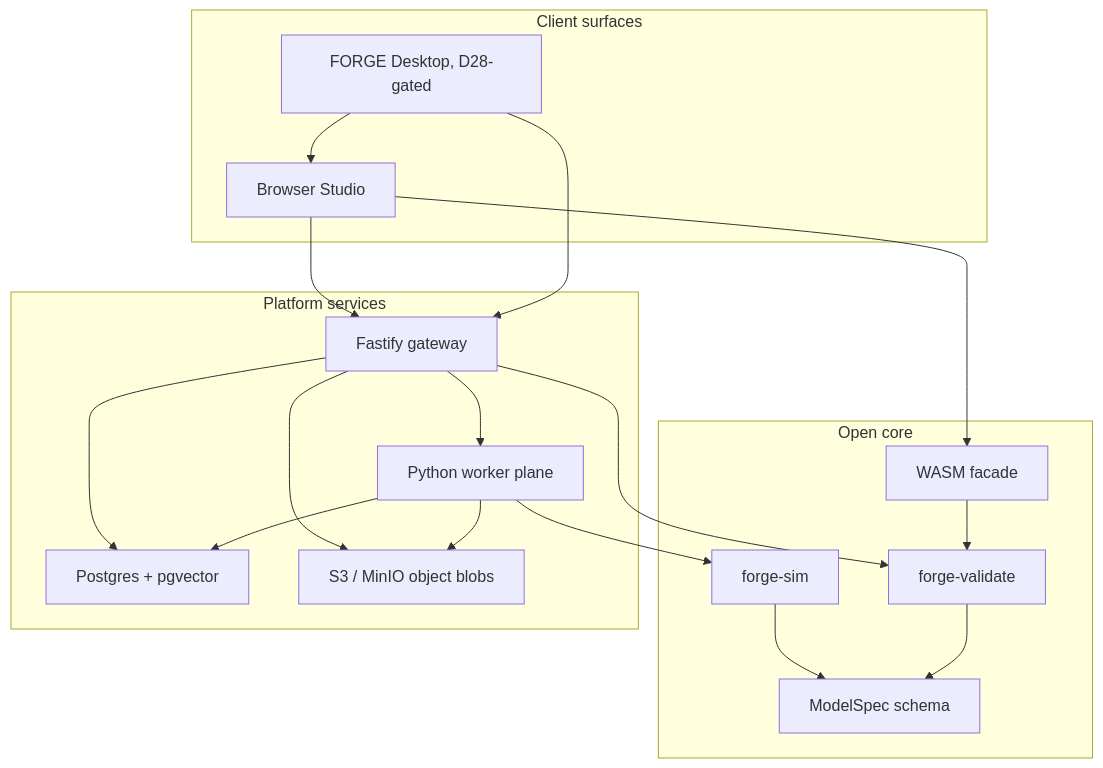
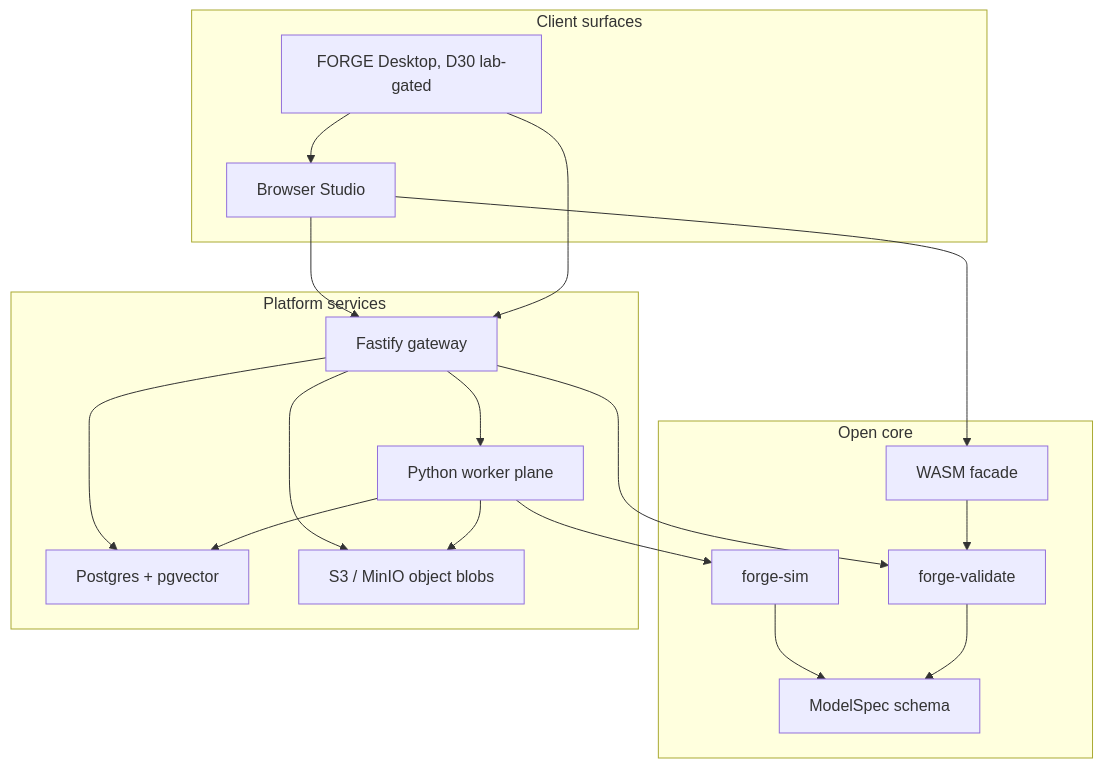
Before and after one commit to RNT56/TTC: the fifth of 5 diagrams in README.md, drawn with Mermaid. The commit also changed other lines of this file and 21 other files, not shown here.

````diff
--- a/README.md
+++ b/README.md
@@ -297,36 +297,36 @@
 ```mermaid
 flowchart TB
   subgraph Client["Client surfaces"]
     Studio["Browser Studio"]
-    Desktop["FORGE Desktop, D28-gated"]
+    Desktop["FORGE Desktop, D30 lab-gated"]
   end
 
   subgraph Core["Open core"]
     Contract["ModelSpec schema"]
     Validator["forge-validate"]
     Sim["forge-sim"]
     Wasm["WASM facade"]
   end
 
   subgraph Platform["Platform services"]
     Gateway["Fastify gateway"]
     DB["Postgres + pgvector"]
     Objects["S3 / MinIO object blobs"]
     Workers["Python worker plane"]
   end
 
   Studio --> Wasm
   Studio --> Gateway
   Desktop --> Studio
   Desktop --> Gateway
   Wasm --> Validator
   Gateway --> Validator
   Gateway --> DB
   Gateway --> Objects
   Gateway --> Workers
   Workers --> DB
   Workers --> Objects
   Workers --> Sim
   Sim --> Contract
   Validator --> Contract
 ```
````
